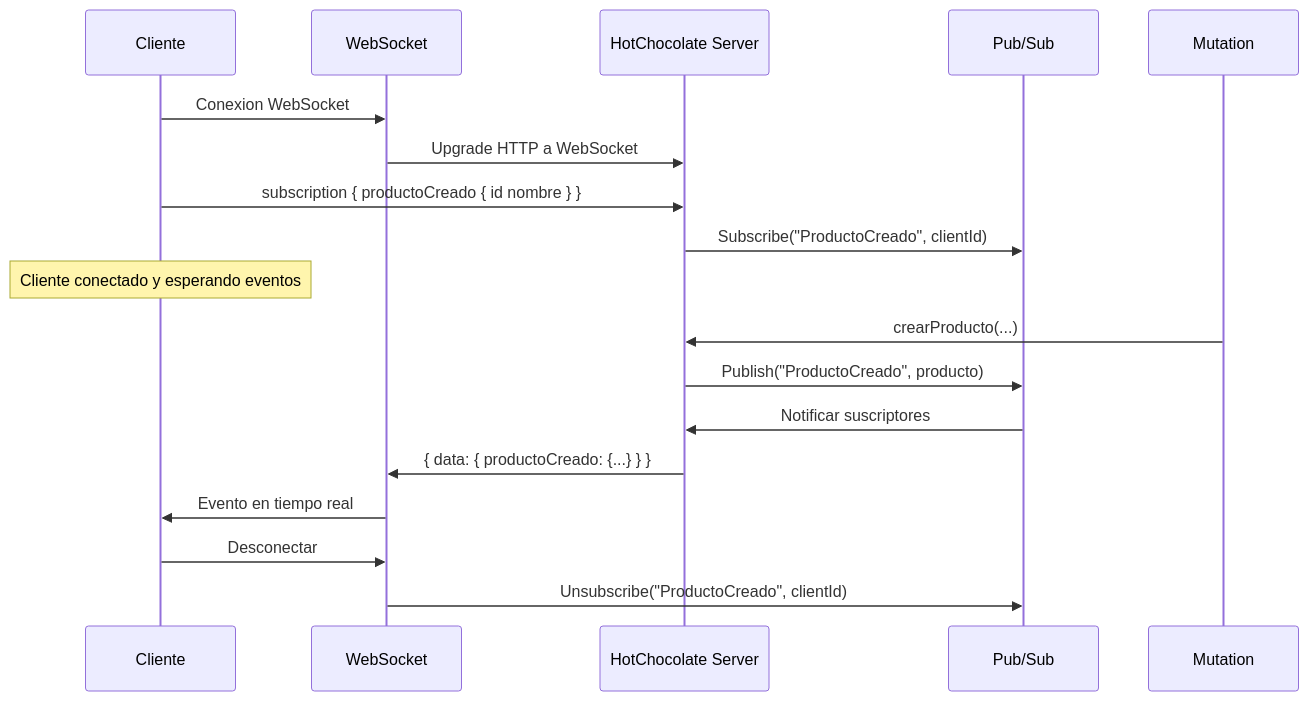
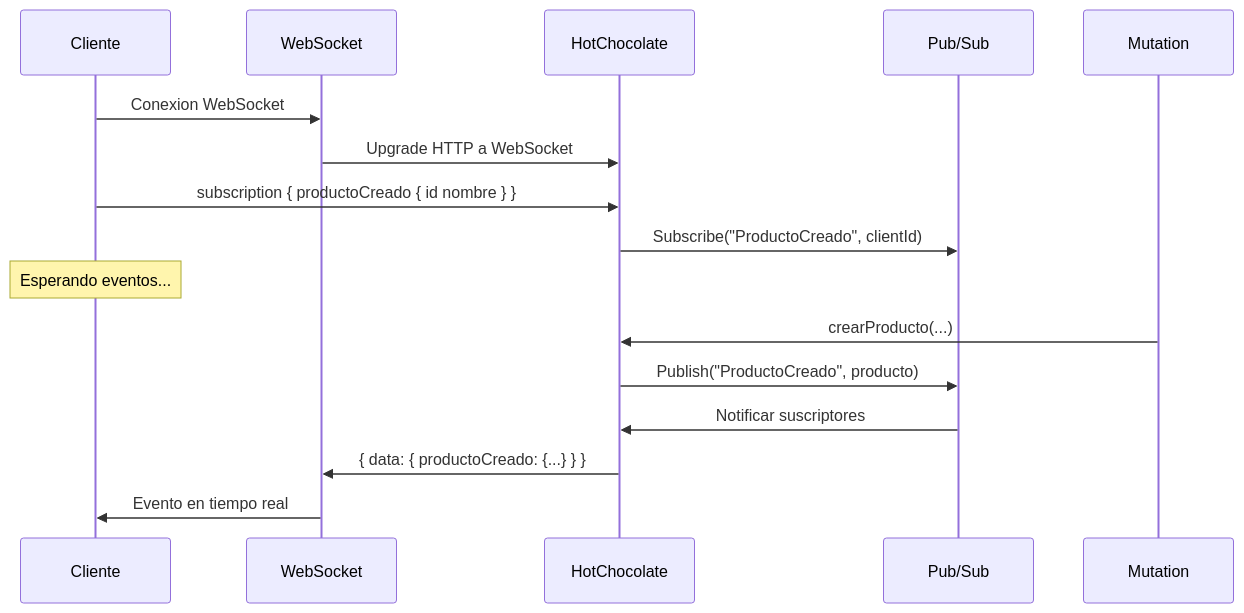
One commit to joseluisgs/DesarrolloWebEntornosServidor-02-2026-2027 changed the seventh of 10 diagrams in 19-graphql.md. Above: the diagram before and after it, drawn with Mermaid. The commit also changed other lines of this file and 1 other file, not shown here.

Commit message:
Reorder sections in README.md: moved "Apis con GraphQL", "Logging", and "Email Services" to correct positions

````diff
--- a/19-graphql.md
+++ b/19-graphql.md
@@ -1073,25 +839,22 @@
 ```mermaid
 sequenceDiagram
     participant C as Cliente
     participant WS as WebSocket
-    participant HS as HotChocolate Server
+    participant HS as HotChocolate
     participant P as Pub/Sub
     participant M as Mutation
-    
+
     C->>WS: Conexion WebSocket
     WS->>HS: Upgrade HTTP a WebSocket
-    
+
     C->>HS: subscription { productoCreado { id nombre } }
     HS->>P: Subscribe("ProductoCreado", clientId)
-    
-    Note over C: Cliente conectado y esperando eventos
-    
+
+    Note over C: Esperando eventos...
+
     M->>HS: crearProducto(...)
     HS->>P: Publish("ProductoCreado", producto)
     P->>HS: Notificar suscriptores
     HS->>WS: { data: { productoCreado: {...} } }
     WS->>C: Evento en tiempo real
-    
-    C->>WS: Desconectar
-    WS->>P: Unsubscribe("ProductoCreado", clientId)
 ```
````
